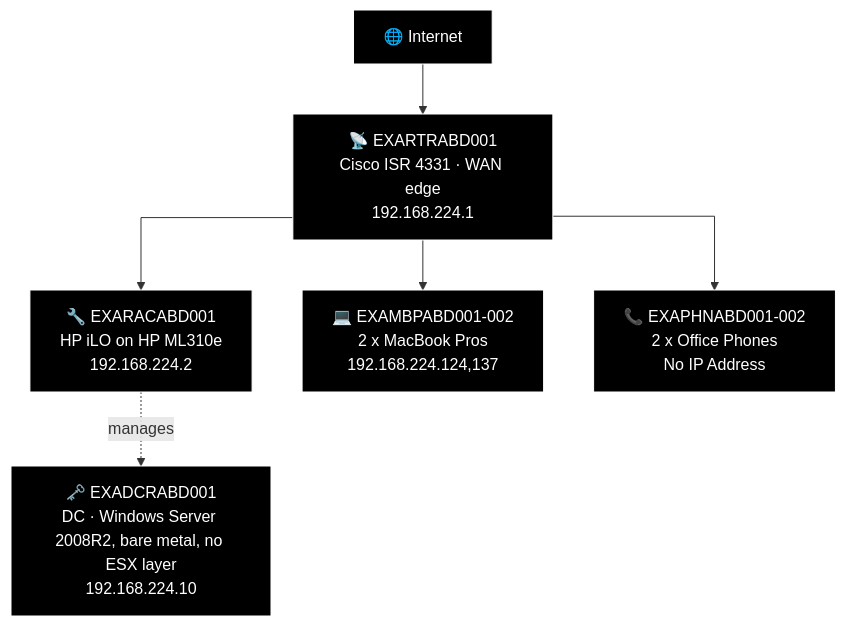
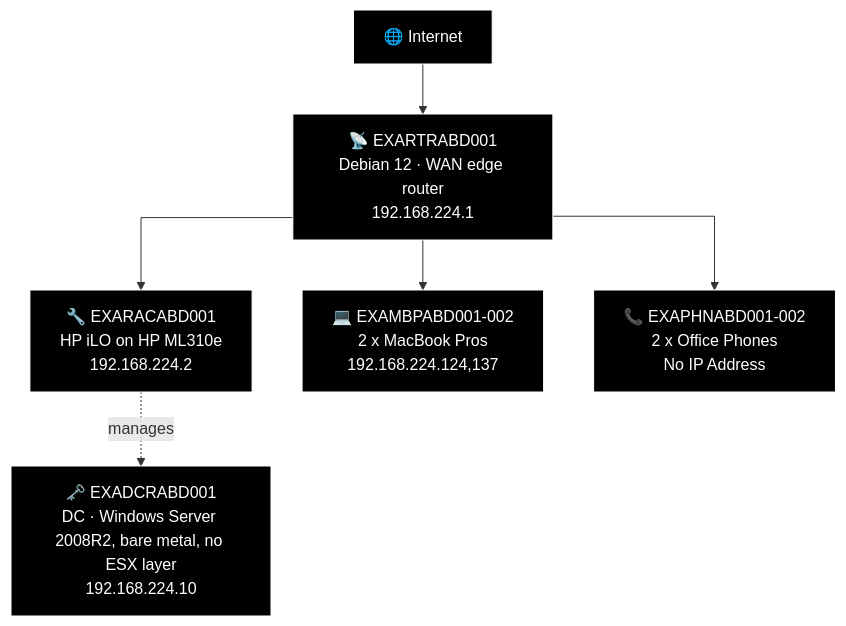
Before and after one commit to knightmare2600/example_music_infra: diagram 19 of 21 in docs/network-diagram/scotland.md, drawn with Mermaid. The commit also changed other lines of this file and 9 other files, not shown here.

````diff
--- a/docs/network-diagram/scotland.md
+++ b/docs/network-diagram/scotland.md
@@ -1182,24 +1182,24 @@
 ```mermaid
 %% GENERATED:OLDNETWORK:ABD:START
 %%{init: {'flowchart': {'curve': 'stepAfter'}}}%%
 graph TD
     O_INET["🌐 Internet"]
-    O_RTR["📡 EXARTRABD001<br/>Cisco ISR 4331 · WAN edge<br/>192.168.224.1"]
+    O_RTR["📡 EXARTRABD001<br/>Debian 12 · WAN edge router<br/>192.168.224.1"]
     O_DCR["🗝️ EXADCRABD001<br/>DC · Windows Server 2008R2, bare metal, no ESX layer<br/>192.168.224.10"]
     O_RAC["🔧 EXARACABD001<br/>HP iLO on HP ML310e<br/>192.168.224.2"]
     O_MBP["💻 EXAMBPABD001-002<br/>2 x MacBook Pros<br/>192.168.224.124,137"]
     O_PHN["📞 EXAPHNABD001-002<br/>2 x Office Phones<br/>No IP Address"]
     O_INET --> O_RTR
     O_RTR --> O_RAC
     O_RAC -.->|"manages"| O_DCR
     O_RTR --> O_MBP
     O_RTR --> O_PHN
 
     style O_INET fill:#000000,stroke:#FFFFFF,color:#FFFFFF
     style O_RTR fill:#000000,stroke:#FFFFFF,color:#FFFFFF
     style O_DCR fill:#000000,stroke:#FFFFFF,color:#FFFFFF
     style O_RAC fill:#000000,stroke:#FFFFFF,color:#FFFFFF
     style O_MBP fill:#000000,stroke:#FFFFFF,color:#FFFFFF
     style O_PHN fill:#000000,stroke:#FFFFFF,color:#FFFFFF
 %% GENERATED:OLDNETWORK:ABD:END
 ```
````
